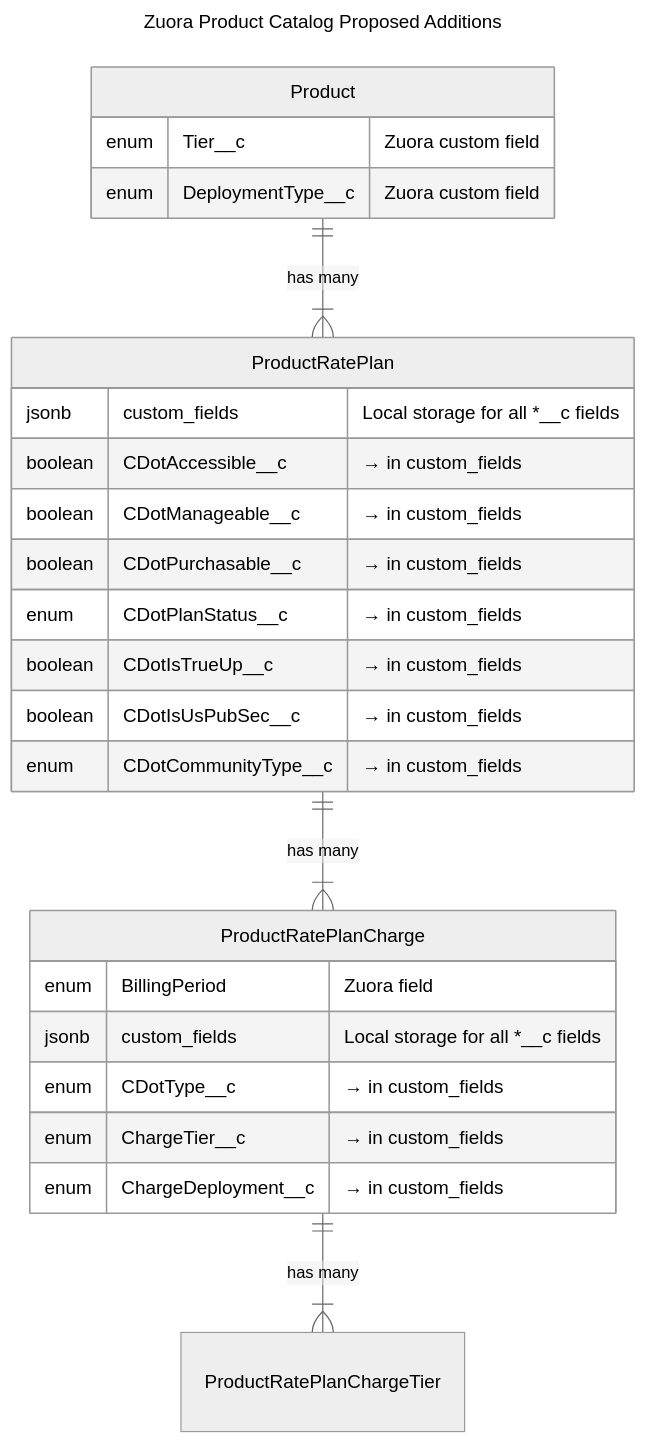
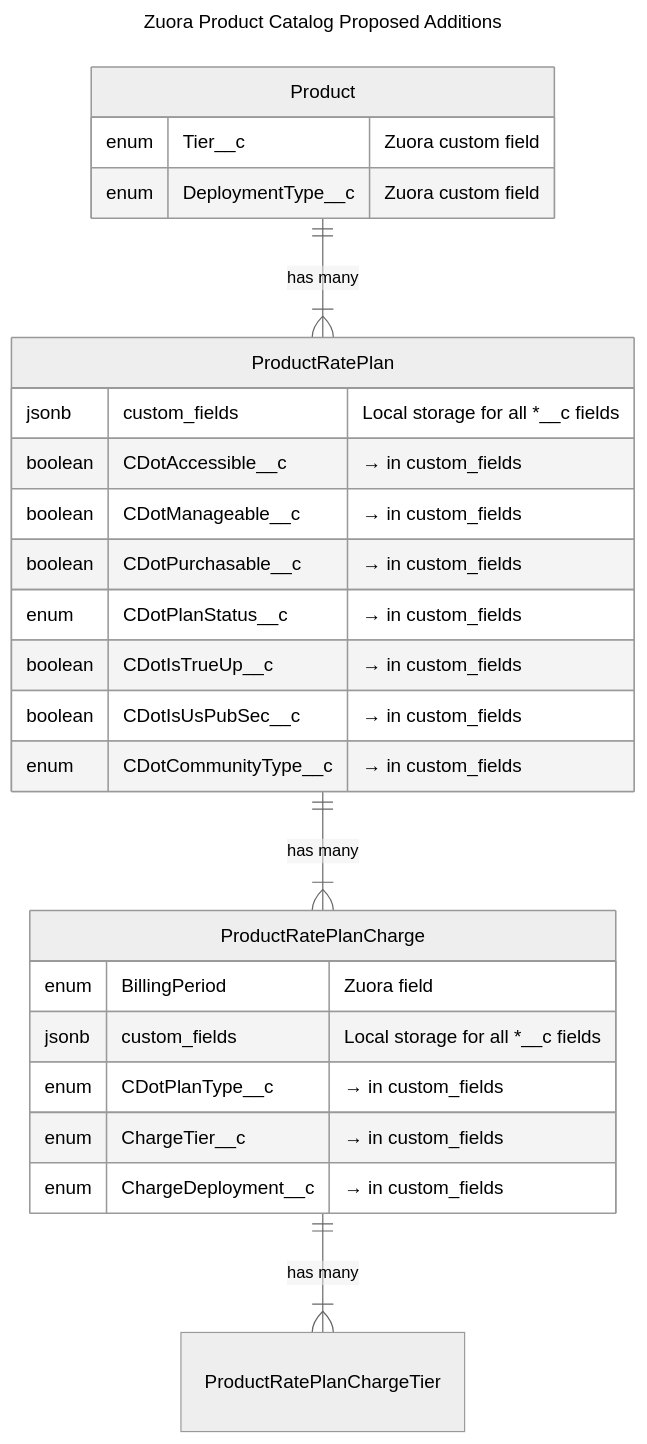
One commit to zalyoung/gitlab-handbook changed the second of 2 diagrams in content/handbook/engineering/architecture/design-documents/cdot_plan_managment/_index.md. Above: the diagram before and after it, drawn with Mermaid (neutral theme). The commit also changed other lines of this file, not shown here.

Commit message:
Rename CDotType__c to CDotPlanType__c

````diff
--- a/content/handbook/engineering/architecture/design-documents/cdot_plan_managment/_index.md
+++ b/content/handbook/engineering/architecture/design-documents/cdot_plan_managment/_index.md
@@ -80,35 +80,35 @@
 ```mermaid
 ---
 title: Zuora Product Catalog Proposed Additions
 ---
 erDiagram
   "Product" ||--|{ "ProductRatePlan" : "has many"
   "ProductRatePlan" ||--|{ "ProductRatePlanCharge" : "has many"
   "ProductRatePlanCharge" ||--|{ "ProductRatePlanChargeTier" : "has many"
 
   "Product" {
     enum Tier__c "Zuora custom field"
     enum DeploymentType__c "Zuora custom field"
   }
 
   "ProductRatePlan" {
     jsonb custom_fields "Local storage for all *__c fields"
     %% Fields stored within custom_fields JSONB:
     boolean CDotAccessible__c "→ in custom_fields"
     boolean CDotManageable__c "→ in custom_fields"
     boolean CDotPurchasable__c "→ in custom_fields"
     enum CDotPlanStatus__c "→ in custom_fields"
     boolean CDotIsTrueUp__c "→ in custom_fields"
     boolean CDotIsUsPubSec__c "→ in custom_fields"
     enum CDotCommunityType__c "→ in custom_fields"
   }
 
   "ProductRatePlanCharge" {
     enum BillingPeriod "Zuora field"
     jsonb custom_fields "Local storage for all *__c fields"
     %% Fields stored within custom_fields JSONB:
-    enum CDotType__c "→ in custom_fields"
+    enum CDotPlanType__c "→ in custom_fields"
     enum ChargeTier__c "→ in custom_fields"
     enum ChargeDeployment__c "→ in custom_fields"
   }
 ```
````
